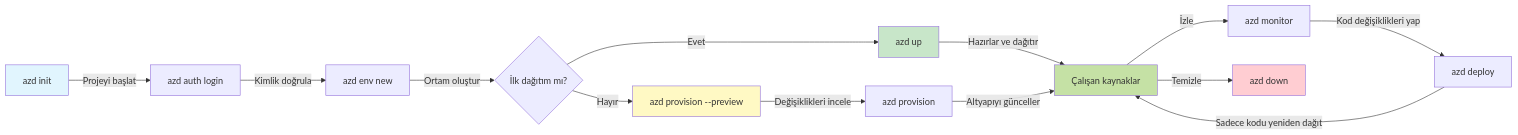
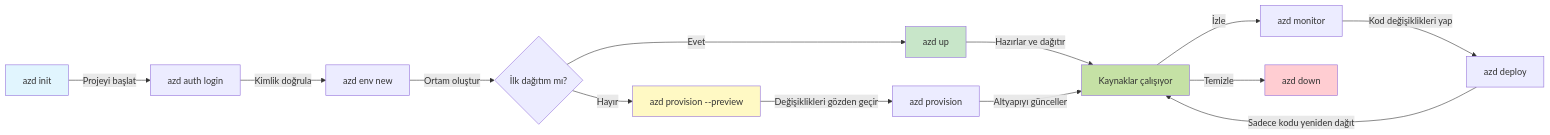
Before and after one commit to microsoft/AZD-for-beginners: the first of 2 diagrams in translations/tr/docs/chapter-01-foundation/azd-basics.md, drawn with Mermaid. The commit also changed other lines of this file and 101 other files, not shown here.

````diff
--- a/translations/tr/docs/chapter-01-foundation/azd-basics.md
+++ b/translations/tr/docs/chapter-01-foundation/azd-basics.md
@@ -269,21 +269,21 @@
 ```mermaid
 graph LR
     A[azd init] -->|Projeyi başlat| B[azd auth login]
     B -->|Kimlik doğrula| C[azd env new]
     C -->|Ortam oluştur| D{İlk dağıtım mı?}
     D -->|Evet| E[azd up]
     D -->|Hayır| F[azd provision --preview]
-    F -->|Değişiklikleri incele| G[azd provision]
-    E -->|Hazırlar ve dağıtır| H[Çalışan kaynaklar]
+    F -->|Değişiklikleri gözden geçir| G[azd provision]
+    E -->|Hazırlar ve dağıtır| H[Kaynaklar çalışıyor]
     G -->|Altyapıyı günceller| H
     H -->|İzle| I[azd monitor]
     I -->|Kod değişiklikleri yap| J[azd deploy]
     J -->|Sadece kodu yeniden dağıt| H
     H -->|Temizle| K[azd down]
     
     style A fill:#e1f5fe
     style E fill:#c8e6c9
     style F fill:#fff9c4
     style H fill:#c5e1a5
     style K fill:#ffcdd2
 ```
````
